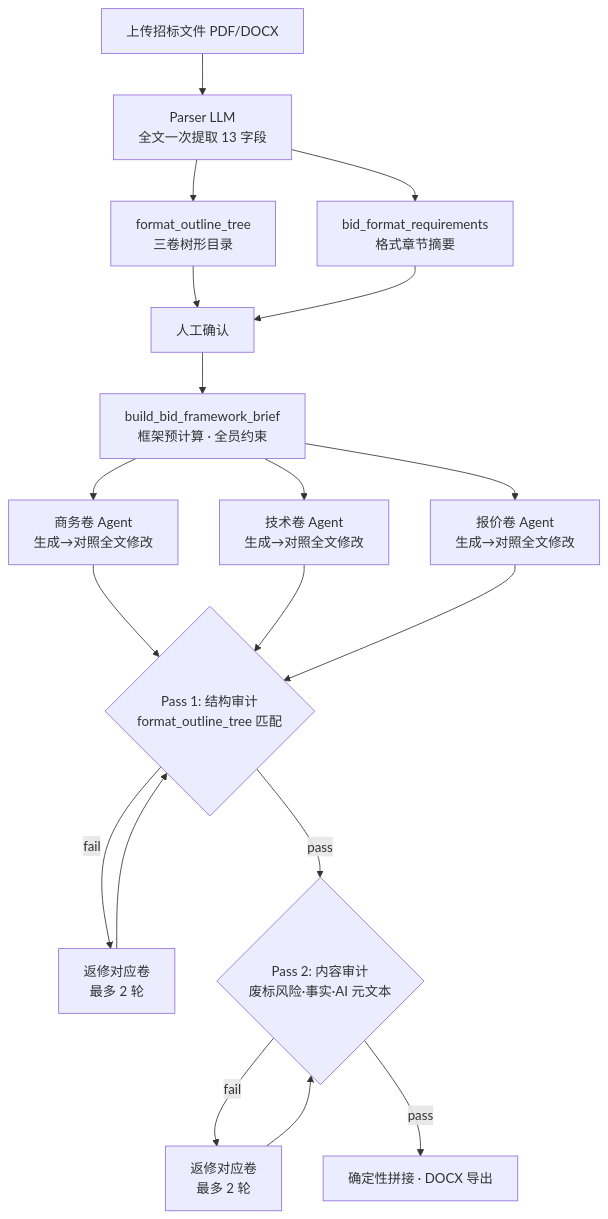
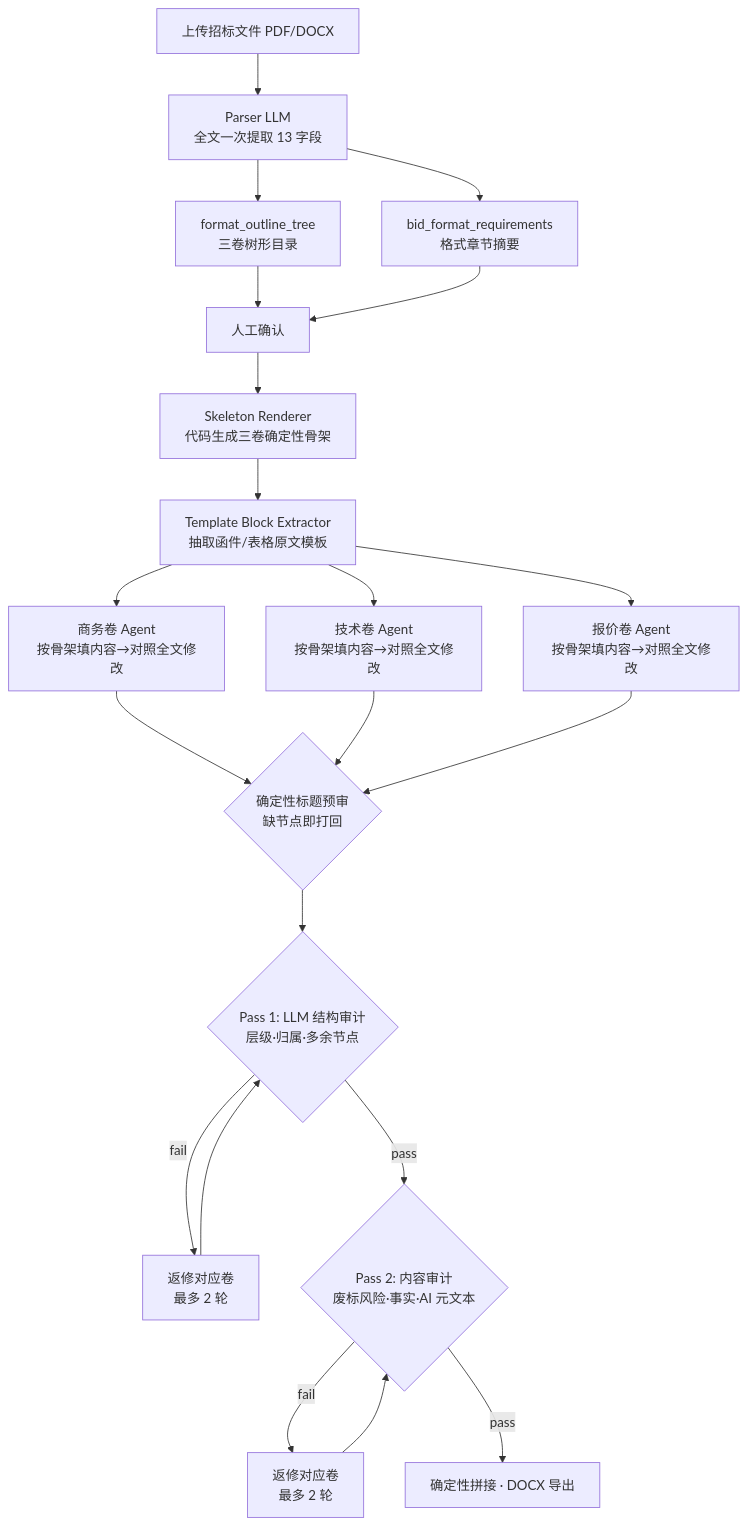
The diagram in README.md (fakelilway/TenderDoc-Generator), drawn with Mermaid before and after one commit. The commit also changed other lines of this file and 4 other files, not shown here.

````diff
--- a/README.md
+++ b/README.md
@@ -48,25 +49,27 @@
 ```mermaid
 flowchart TD
     U[上传招标文件 PDF/DOCX] --> P[Parser LLM<br/>全文一次提取 13 字段]
     P --> T[format_outline_tree<br/>三卷树形目录]
     P --> F[bid_format_requirements<br/>格式章节摘要]
     T --> H[人工确认]
     F --> H
-    H --> S[build_bid_framework_brief<br/>框架预计算 · 全员约束]
+    H --> S[Skeleton Renderer<br/>代码生成三卷确定性骨架]
+    S --> X[Template Block Extractor<br/>抽取函件/表格原文模板]
 
-    S --> CA[商务卷 Agent<br/>生成→对照全文修改]
-    S --> TA[技术卷 Agent<br/>生成→对照全文修改]
-    S --> PA[报价卷 Agent<br/>生成→对照全文修改]
+    X --> CA[商务卷 Agent<br/>按骨架填内容→对照全文修改]
+    X --> TA[技术卷 Agent<br/>按骨架填内容→对照全文修改]
+    X --> PA[报价卷 Agent<br/>按骨架填内容→对照全文修改]
 
-    CA --> A1{Pass 1: 结构审计<br/>format_outline_tree 匹配}
-    TA --> A1
-    PA --> A1
+    CA --> A0{确定性标题预审<br/>缺节点即打回}
+    TA --> A0
+    PA --> A0
+    A0 --> A1{Pass 1: LLM 结构审计<br/>层级·归属·多余节点}
 
     A1 -->|fail| RV[返修对应卷<br/>最多 2 轮]
     RV --> A1
     A1 -->|pass| A2{Pass 2: 内容审计<br/>废标风险·事实·AI 元文本}
 
     A2 -->|fail| RV2[返修对应卷<br/>最多 2 轮]
     RV2 --> A2
     A2 -->|pass| E[确定性拼接 · DOCX 导出]
 ```
````
